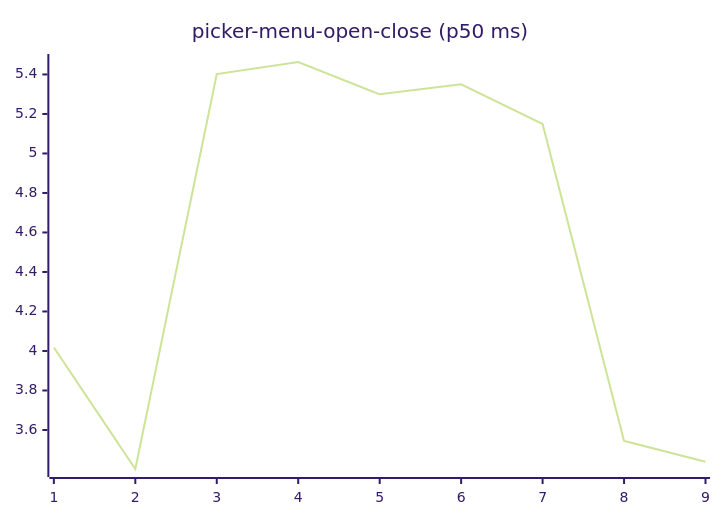
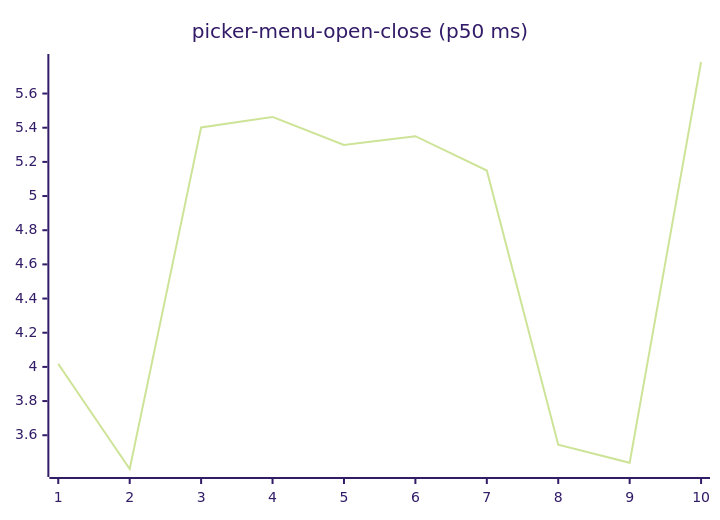
Diagram 16 of 27 in README.md (josha/Facet), drawn with Mermaid (forest theme) before and after one commit. The commit also changed other lines of this file and 2 other files, not shown here.

````diff
--- a/README.md
+++ b/README.md
@@ -168,6 +168,6 @@
 ```mermaid
 xychart-beta
     title "picker-menu-open-close (p50 ms)"
-    x-axis 1 --> 9
-    line [4.0174, 3.4024, 5.4017, 5.4631, 5.2994, 5.3502, 5.1493, 3.5447, 3.4388]
+    x-axis 1 --> 10
+    line [4.0174, 3.4024, 5.4017, 5.4631, 5.2994, 5.3502, 5.1493, 3.5447, 3.4388, 5.7846]
 ```
````
